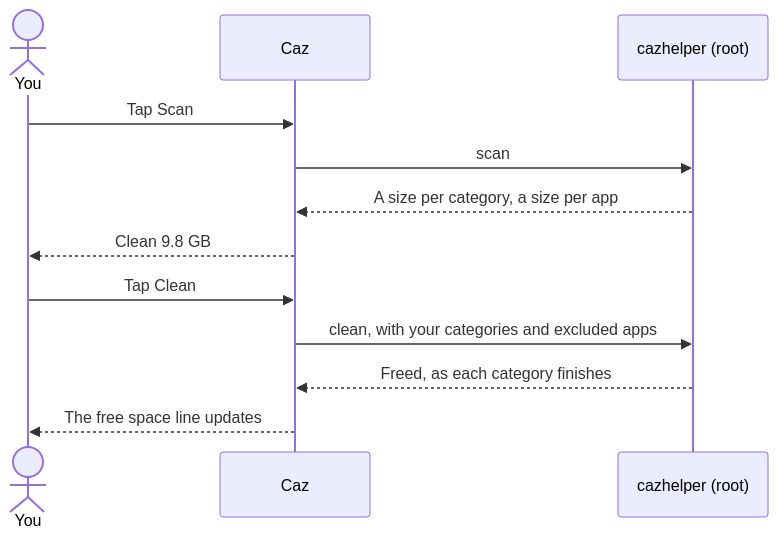
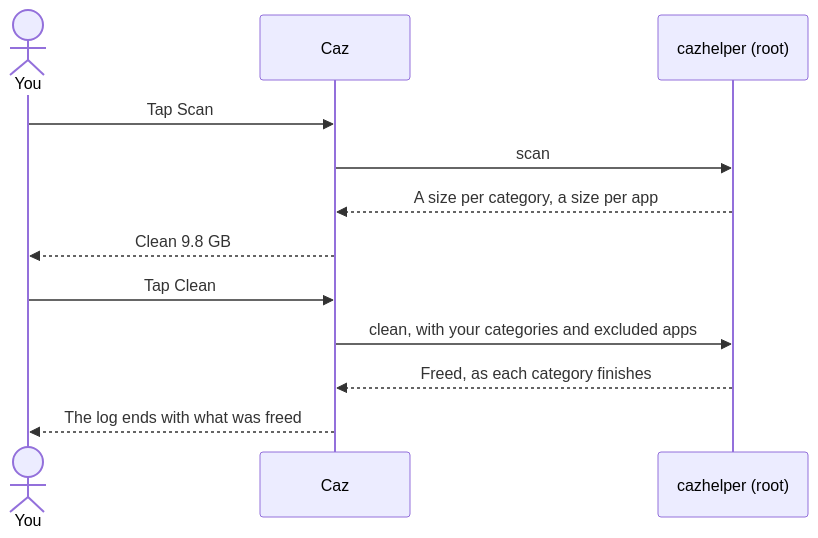
One commit to m9z2w4d8vw-blip/Caz changed the second of 3 diagrams in README.md. Above: the diagram before and after it, drawn with Mermaid. The commit also changed other lines of this file and 8 other files, not shown here.

````diff
--- a/README.md
+++ b/README.md
@@ -174,14 +195,14 @@
 ```mermaid
 sequenceDiagram
     actor You
     participant App as Caz
     participant Helper as cazhelper (root)
     You->>App: Tap Scan
     App->>Helper: scan
     Helper-->>App: A size per category, a size per app
     App-->>You: Clean 9.8 GB
     You->>App: Tap Clean
     App->>Helper: clean, with your categories and excluded apps
     Helper-->>App: Freed, as each category finishes
-    App-->>You: The free space line updates
+    App-->>You: The log ends with what was freed
 ```
````
